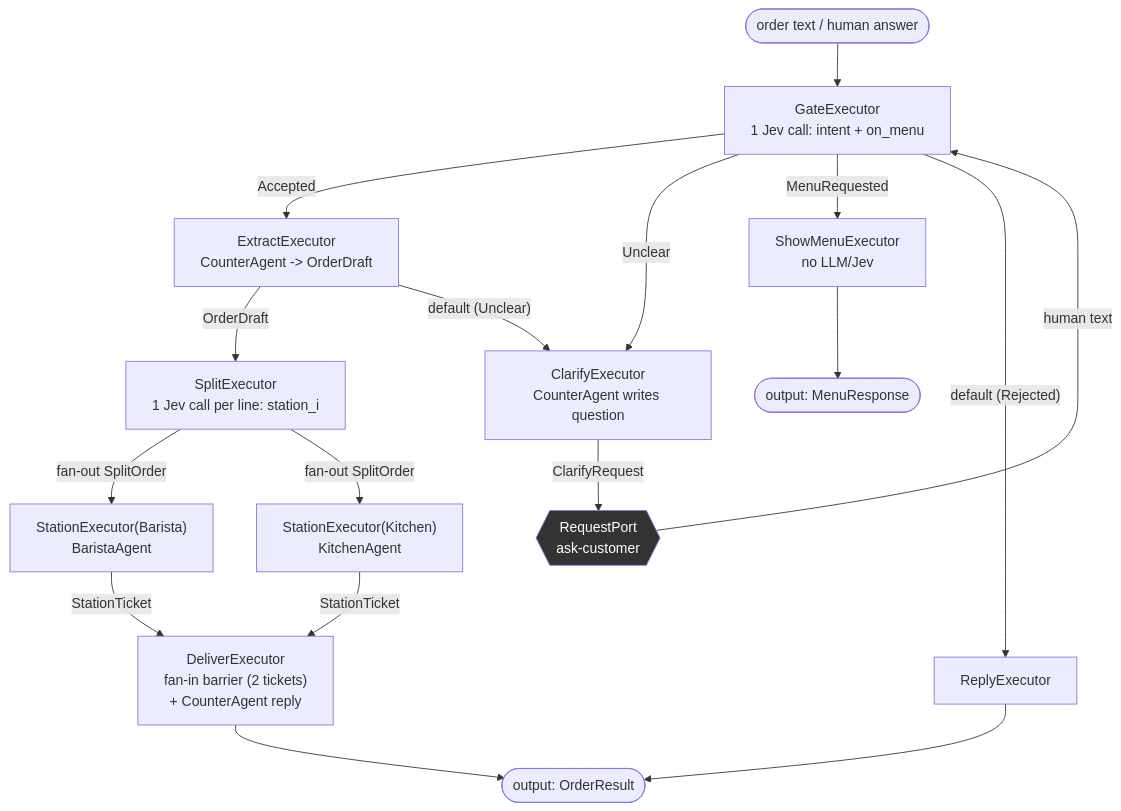
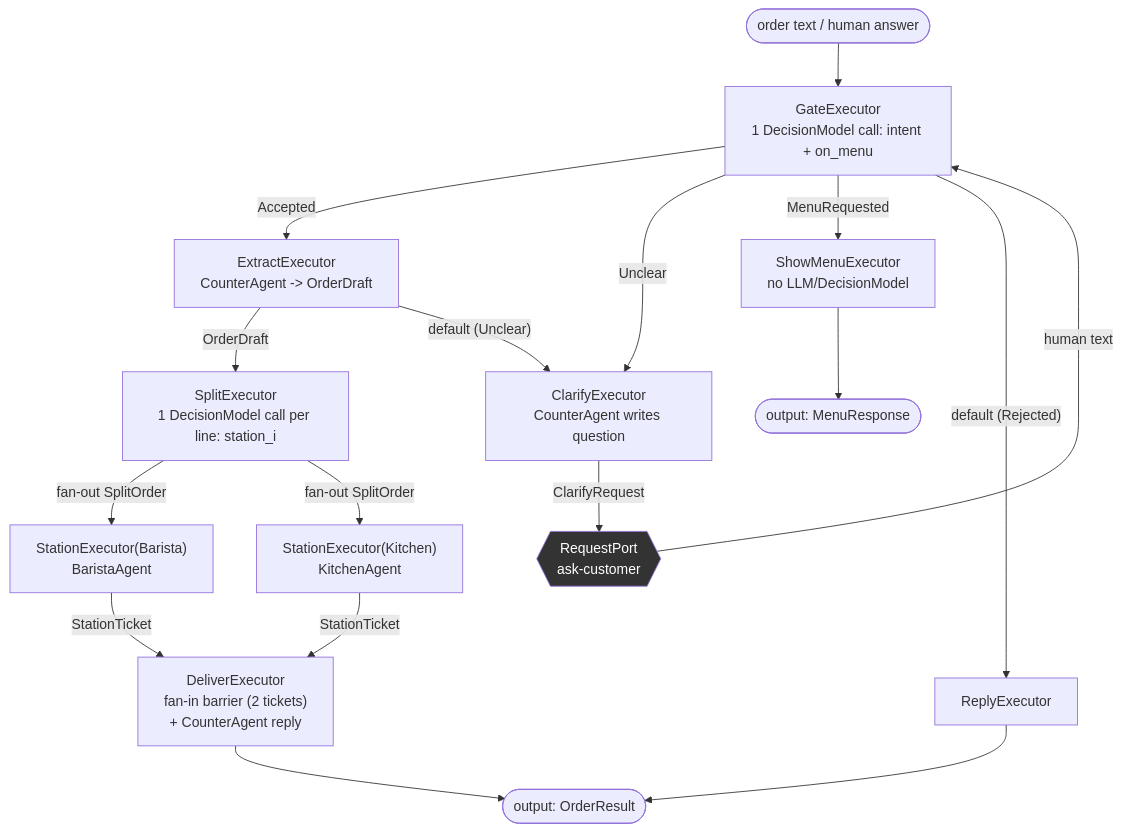
One commit to thangchung/agent-engineering-experiment changed the fourth of 4 diagrams in coffeeshop-jev/README.md. Above: the diagram before and after it, drawn with Mermaid. The commit also changed other lines of this file and 119 other files, not shown here.

Commit message:
feat: add more decision models like typesafe's jev, laya, microsoft decision 1

````diff
--- a/coffeeshop-jev/README.md
+++ b/coffeeshop-jev/README.md
@@ -162,27 +213,27 @@
 ```mermaid
 flowchart TD
-    IN(["order text / human answer"]) --> G["GateExecutor<br/>1 Jev call: intent + on_menu"]
+    IN(["order text / human answer"]) --> G["GateExecutor<br/>1 DecisionModel call: intent + on_menu"]
 
     G -- "Accepted" --> X["ExtractExecutor<br/>CounterAgent -> OrderDraft"]
     G -- "Unclear" --> CL["ClarifyExecutor<br/>CounterAgent writes question"]
-    G -- "MenuRequested" --> SM["ShowMenuExecutor<br/>no LLM/Jev"]
+    G -- "MenuRequested" --> SM["ShowMenuExecutor<br/>no LLM/DecisionModel"]
     G -- "default (Rejected)" --> RP["ReplyExecutor"]
 
-    X -- "OrderDraft" --> SP["SplitExecutor<br/>1 Jev call per line: station_i"]
+    X -- "OrderDraft" --> SP["SplitExecutor<br/>1 DecisionModel call per line: station_i"]
     X -- "default (Unclear)" --> CL
 
     CL -- "ClarifyRequest" --> ASK{{"RequestPort<br/>ask-customer"}}
     ASK -- "human text" --> G
 
     SP -- "fan-out SplitOrder" --> BA["StationExecutor(Barista)<br/>BaristaAgent"]
     SP -- "fan-out SplitOrder" --> KI["StationExecutor(Kitchen)<br/>KitchenAgent"]
 
     BA -- "StationTicket" --> DL["DeliverExecutor<br/>fan-in barrier (2 tickets)<br/>+ CounterAgent reply"]
     KI -- "StationTicket" --> DL
 
     DL --> OUT(["output: OrderResult"])
     RP --> OUT
     SM --> OUT2(["output: MenuResponse"])
 
     style ASK fill:#333,color:#fff
 ```
````
